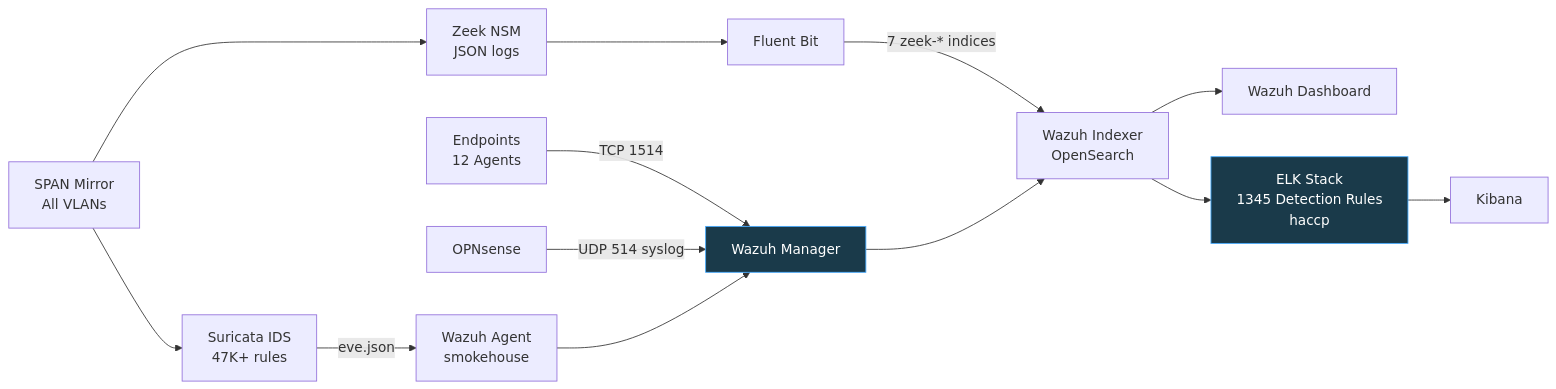
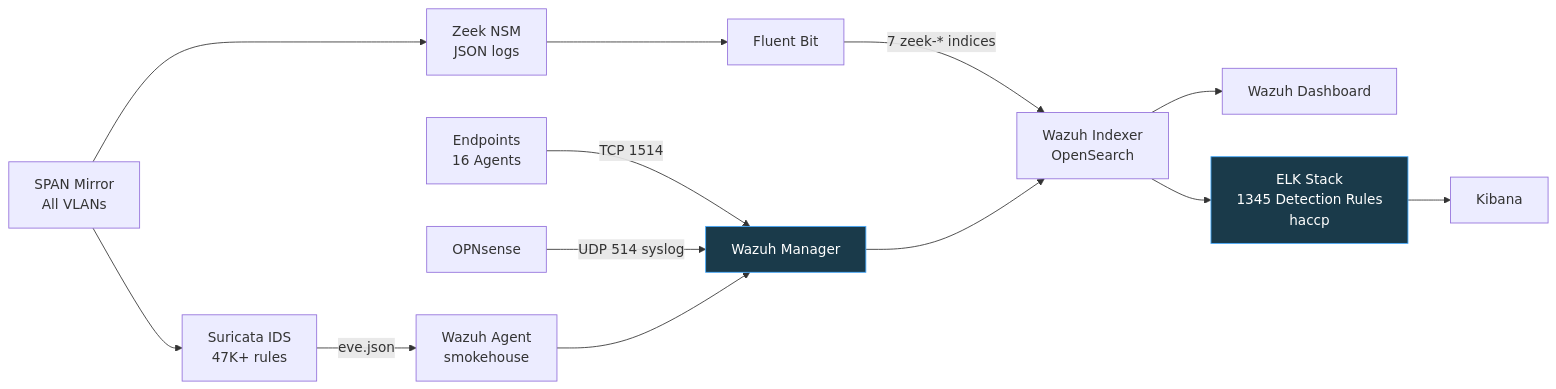
One commit to brianchaplow/HomeLab-SOC-v3 changed the first of 5 diagrams in docs/architecture.md. Above: the diagram before and after it, drawn with Mermaid. The commit also changed other lines of this file and 4 other files, not shown here.

First line of the commit message:
docs: WS02 added to AD lab, haccp GPU+drive updates, Wazuh 16 agents

````diff
--- a/docs/architecture.md
+++ b/docs/architecture.md
@@ -433,20 +433,20 @@
 ```mermaid
 flowchart LR
     SPAN[SPAN Mirror<br/>All VLANs] --> SUR[Suricata IDS<br/>47K+ rules]
     SPAN --> ZK[Zeek NSM<br/>JSON logs]
 
     SUR -->|eve.json| WA1[Wazuh Agent<br/>smokehouse]
     ZK --> FB[Fluent Bit] -->|7 zeek-* indices| WI[Wazuh Indexer<br/>OpenSearch]
 
-    EP[Endpoints<br/>12 Agents] -->|TCP 1514| WM[Wazuh Manager]
+    EP[Endpoints<br/>16 Agents] -->|TCP 1514| WM[Wazuh Manager]
     OPN[OPNsense] -->|UDP 514 syslog| WM
     WA1 --> WM
 
     WM --> WI --> WD[Wazuh Dashboard]
 
     WI --> ELK[ELK Stack<br/>1345 Detection Rules<br/>haccp]
     ELK --> KIB[Kibana]
 
     style WM fill:#1a3a4a,stroke:#44aaff,color:#ffffff
     style ELK fill:#1a3a4a,stroke:#44aaff,color:#ffffff
 ```
````
